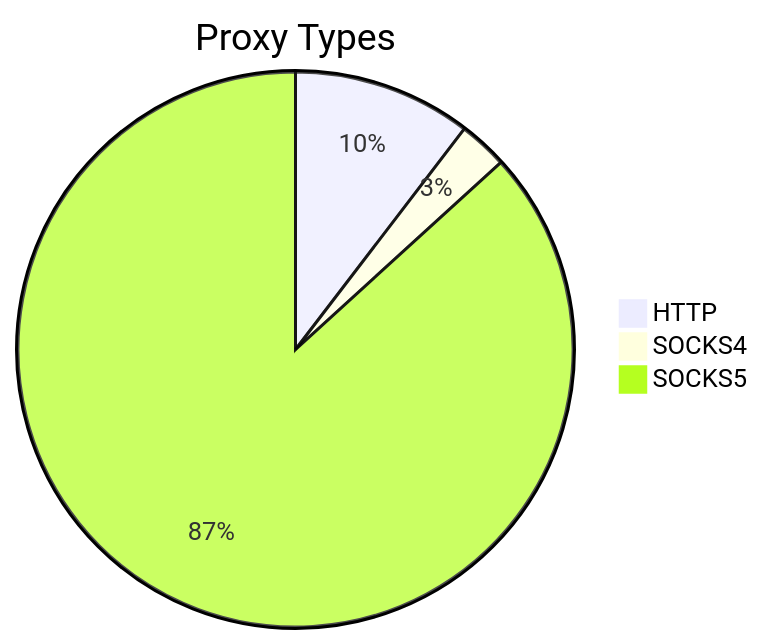
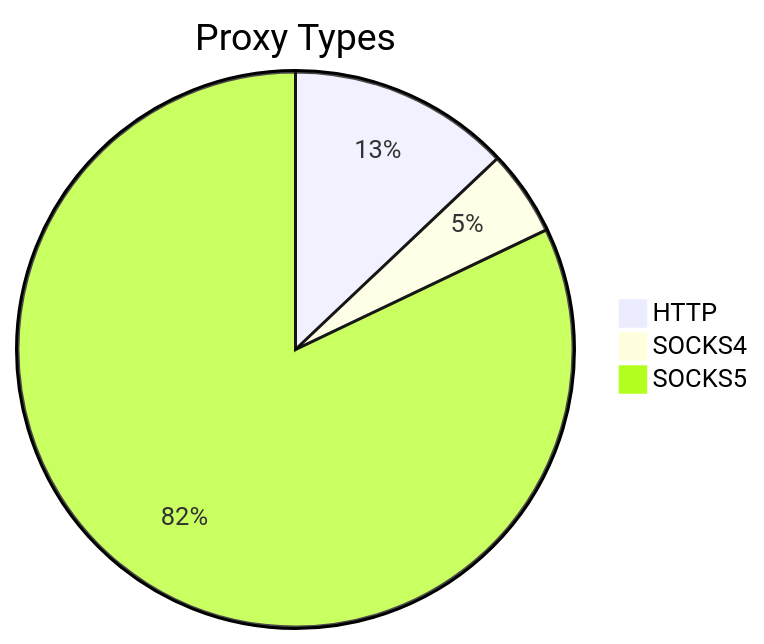
One commit to stormsia/proxy-list changed the first of 2 diagrams in README.md. Above: the diagram before and after it, drawn with Mermaid. The commit also changed other lines of this file, not shown here.

````diff
--- a/README.md
+++ b/README.md
@@ -21,6 +21,6 @@
 ```mermaid
 pie title Proxy Types
-    "HTTP" : 124
-    "SOCKS4" : 34
-    "SOCKS5" : 1035
+    "HTTP" : 122
+    "SOCKS4" : 47
+    "SOCKS5" : 774
 ```
````
